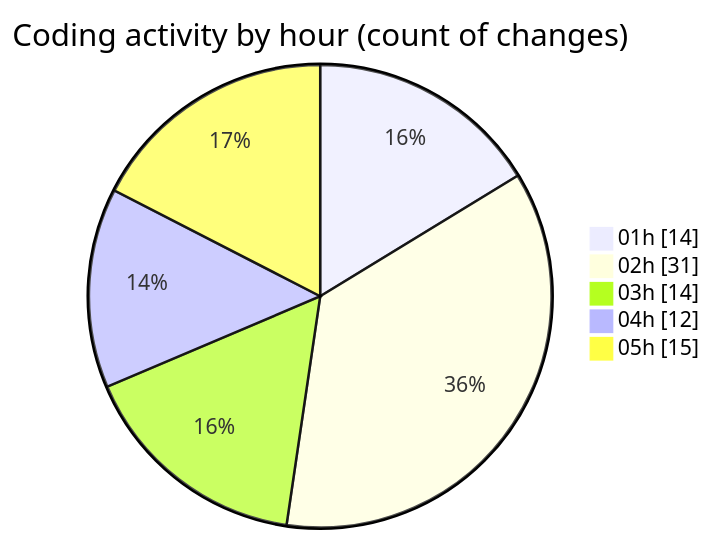
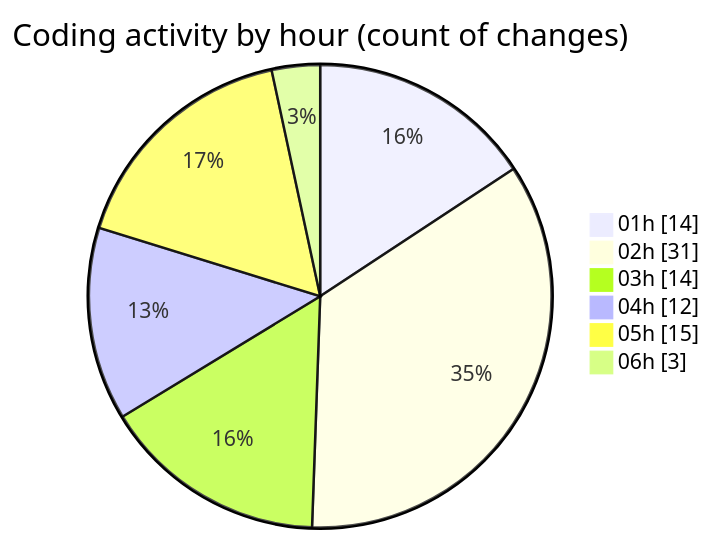
The second of 2 diagrams in 2025-07-13/telebot/README.md (jrari/code-tracking), drawn with Mermaid before and after one commit. The commit also changed other lines of this file and 1 other file, not shown here.

````diff
--- a/2025-07-13/telebot/README.md
+++ b/2025-07-13/telebot/README.md
@@ -67,9 +68,10 @@
 ```mermaid
 pie showData
 title Coding activity by hour (count of changes)
 "01h" : 14
 "02h" : 31
 "03h" : 14
 "04h" : 12
 "05h" : 15
+"06h" : 3
 ```
````
